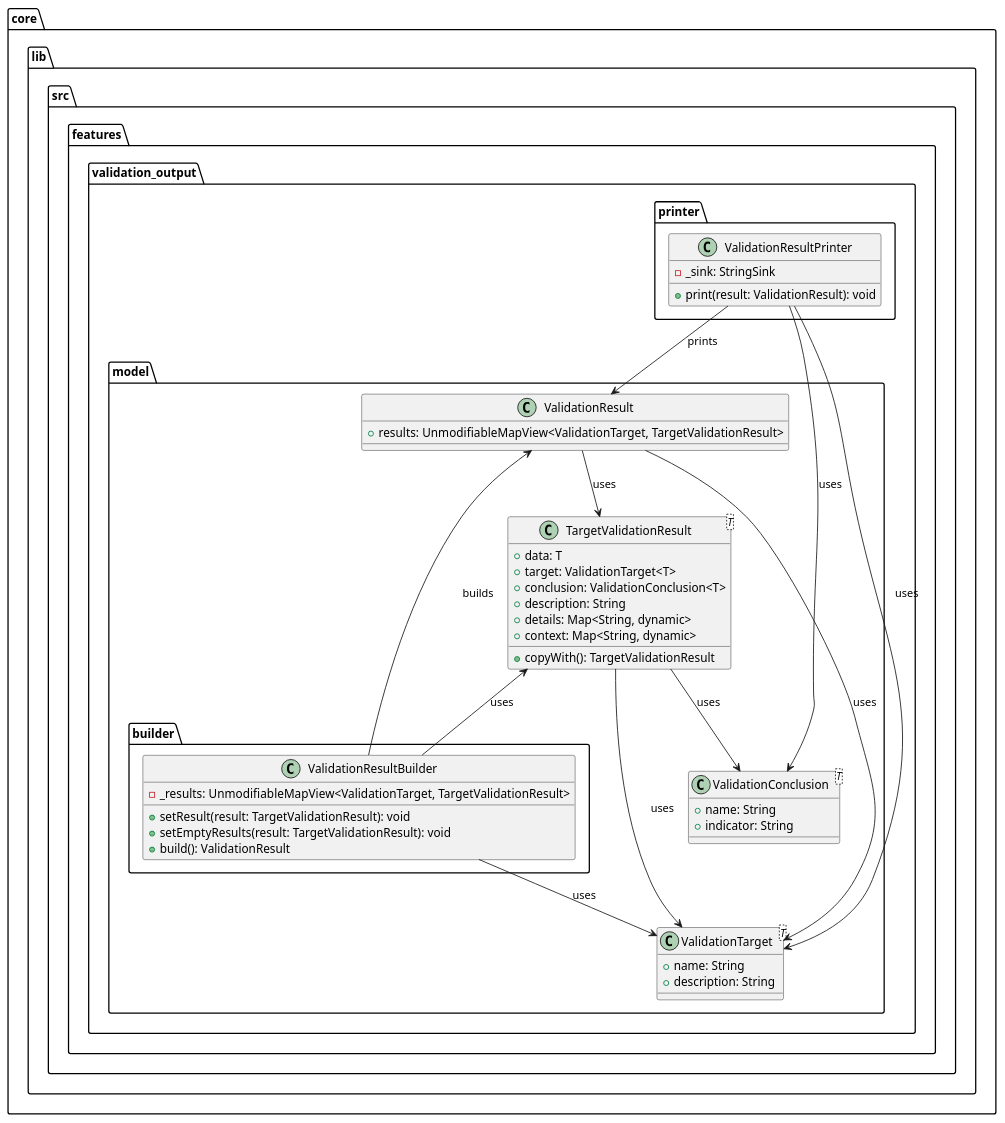
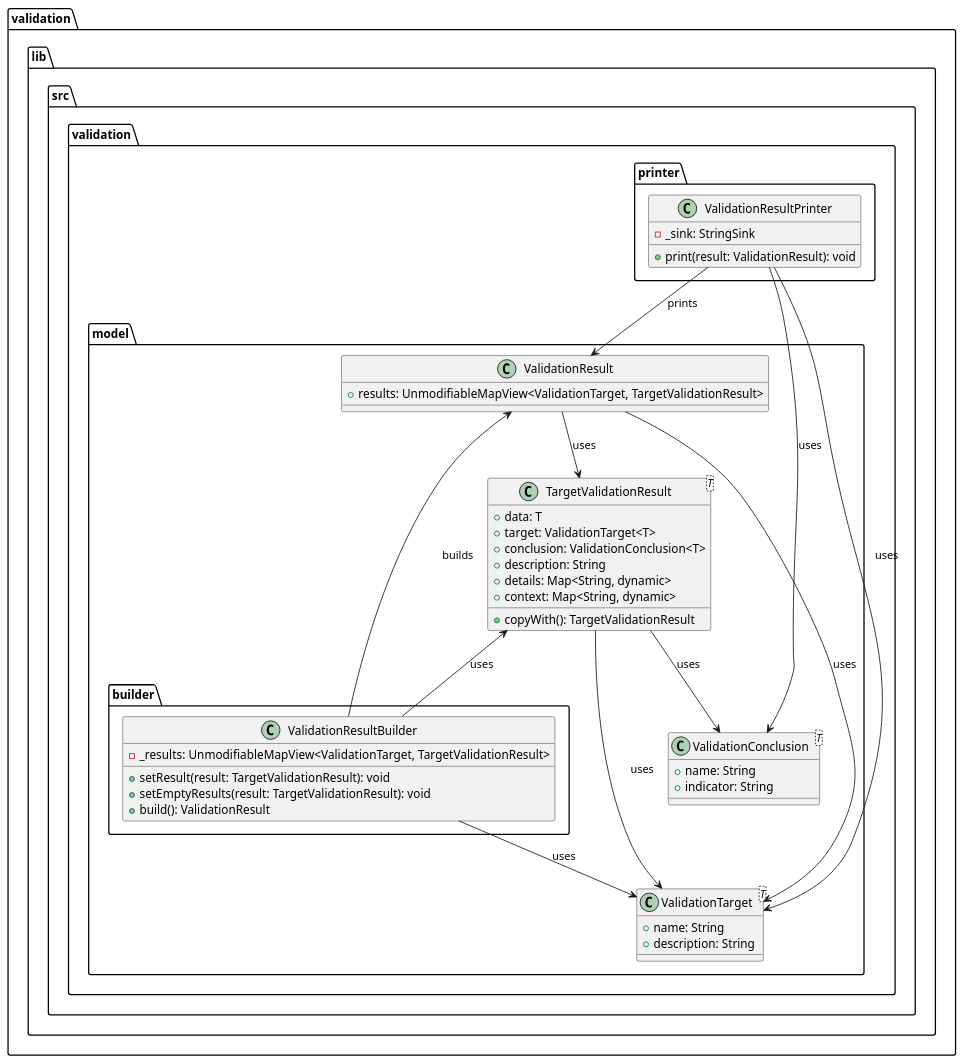
Before and after one commit to Flank/flank-dashboard: the diagram in metrics/cli/docs/features/doctor_output_improvements/diagrams/validation_class_diagram.puml, drawn with PlantUML. The commit also changed 7 other files, not shown here.

Commit message:
Remove validation from metrics core

```diff
--- a/metrics/cli/docs/features/doctor_output_improvements/diagrams/validation_class_diagram.puml
+++ b/metrics/cli/docs/features/doctor_output_improvements/diagrams/validation_class_diagram.puml
@@ -1,64 +1,64 @@
 @startuml validation_output_class_diagram
 
-package core.lib.src.features.validation_output {
+package validation.lib.src.validation {
     package model {
         package builder {
             class ValidationResultBuilder {
                 - _results: UnmodifiableMapView<ValidationTarget, TargetValidationResult>
 
                 + setResult(result: TargetValidationResult): void
                 + setEmptyResults(result: TargetValidationResult): void
                 + build(): ValidationResult
             }
         }
 
         class ValidationTarget<T> {
             + name: String
             + description: String
         }
 
         class ValidationConclusion<T> {
             + name: String
             + indicator: String
         }
 
         class TargetValidationResult<T> {
             + data: T
             + target: ValidationTarget<T>
             + conclusion: ValidationConclusion<T>
             + description: String
             + details: Map<String, dynamic>
             + context: Map<String, dynamic>
 
             + copyWith(): TargetValidationResult
         }
 
         class ValidationResult{
             + results: UnmodifiableMapView<ValidationTarget, TargetValidationResult>
         }
     }
 
     package printer {
         class ValidationResultPrinter{
             - _sink: StringSink
 
             + print(result: ValidationResult): void
         }
     }
 }
 
 TargetValidationResult --> ValidationTarget : uses
 TargetValidationResult --> ValidationConclusion : uses
 
 ValidationResult --> TargetValidationResult : uses
 ValidationResult --> ValidationTarget : uses
 
 ValidationResultBuilder -up-> ValidationResult : builds
 ValidationResultBuilder --> ValidationTarget : uses
 ValidationResultBuilder -up-> TargetValidationResult : uses
 
 ValidationResultPrinter --> ValidationConclusion : uses
 ValidationResultPrinter --> ValidationTarget : uses
 ValidationResultPrinter --> ValidationResult : prints
 
 @enduml
```
